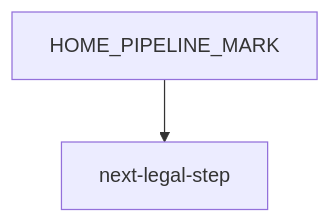
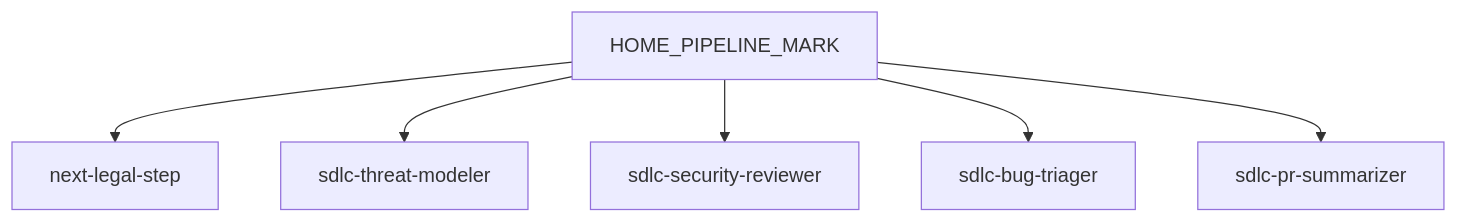
The diagram in tests/docs_browser/e2e/fixtures/lifecycle_pipeline.md (mjbvilhena/ai-sdlc-harness), drawn with Mermaid before and after one commit. The commit also changed 12 other files, not shown here.

First line of the commit message:
docs: name security and PR skills on the lifecycle mermaid

````diff
--- a/tests/docs_browser/e2e/fixtures/lifecycle_pipeline.md
+++ b/tests/docs_browser/e2e/fixtures/lifecycle_pipeline.md
@@ -5,5 +5,13 @@
 ```mermaid
 flowchart TD
     HOME_PIPELINE_NODE[HOME_PIPELINE_MARK]
     HOME_PIPELINE_NODE --> NEXT[next-legal-step]
+    Threat[sdlc-threat-modeler]
+    Sec[sdlc-security-reviewer]
+    Triage[sdlc-bug-triager]
+    PRSum[sdlc-pr-summarizer]
+    HOME_PIPELINE_NODE --> Threat
+    HOME_PIPELINE_NODE --> Sec
+    HOME_PIPELINE_NODE --> Triage
+    HOME_PIPELINE_NODE --> PRSum
 ```
````
